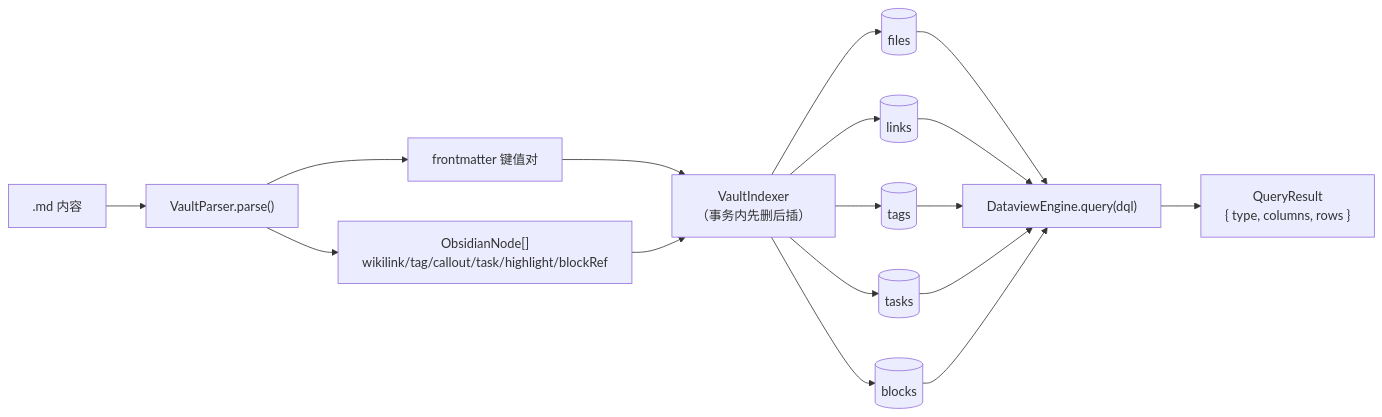
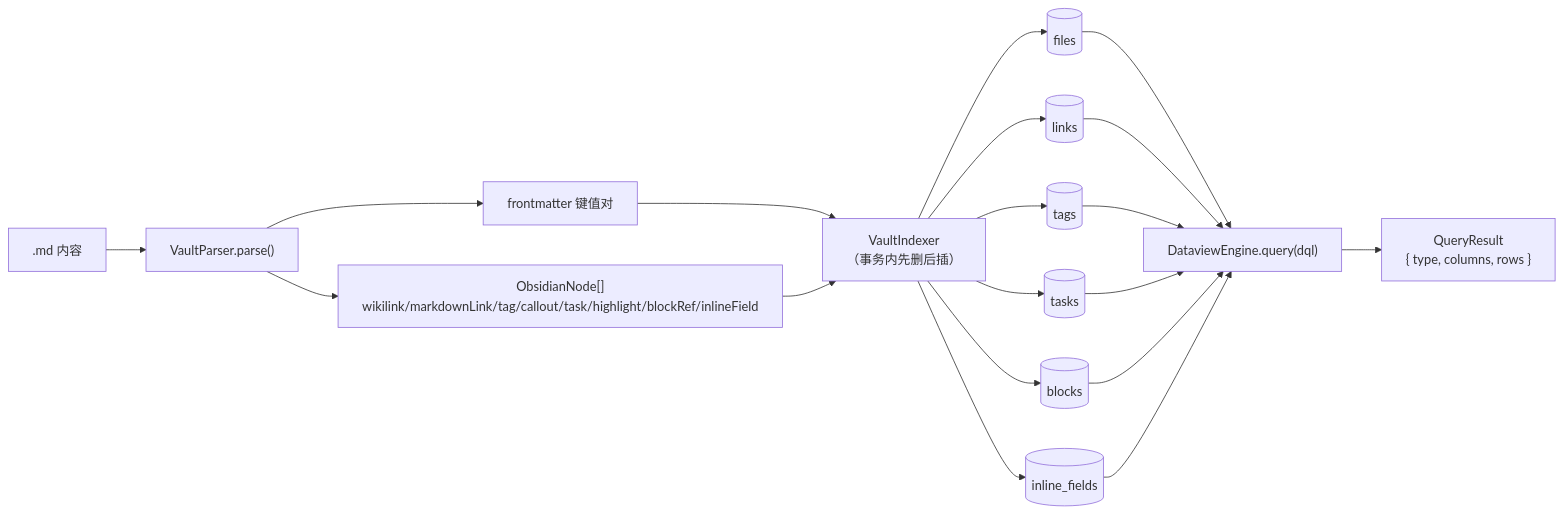
Before and after one commit to xnightsky/x-basalt: the second of 5 diagrams in docs/architecture/2026-06-28-overview.md, drawn with Mermaid. The commit also changed other lines of this file and 21 other files, not shown here.

````diff
--- a/docs/architecture/2026-06-28-overview.md
+++ b/docs/architecture/2026-06-28-overview.md
@@ -79,15 +79,16 @@
 ```mermaid
 flowchart LR
     md[".md 内容"] --> P["VaultParser.parse()"]
     P --> fm["frontmatter 键值对"]
-    P --> nodes["ObsidianNode[]<br/>wikilink/tag/callout/task/highlight/blockRef"]
+    P --> nodes["ObsidianNode[]<br/>wikilink/markdownLink/tag/callout/task/highlight/blockRef/inlineField"]
     fm --> IDX["VaultIndexer<br/>（事务内先删后插）"]
     nodes --> IDX
     IDX --> T1[("files")]
     IDX --> T2[("links")]
     IDX --> T3[("tags")]
     IDX --> T4[("tasks")]
     IDX --> T5[("blocks")]
-    T1 & T2 & T3 & T4 & T5 --> Q["DataviewEngine.query(dql)"]
+    IDX --> T6[("inline_fields")]
+    T1 & T2 & T3 & T4 & T5 & T6 --> Q["DataviewEngine.query(dql)"]
     Q --> out["QueryResult<br/>{ type, columns, rows }"]
 ```
````
